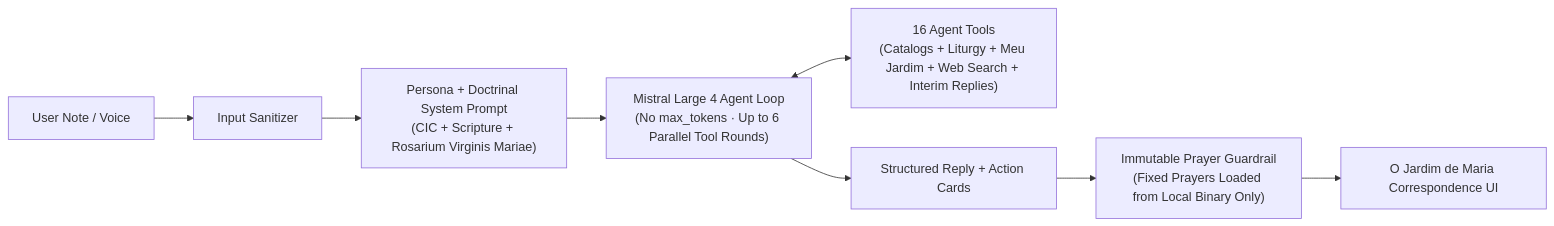
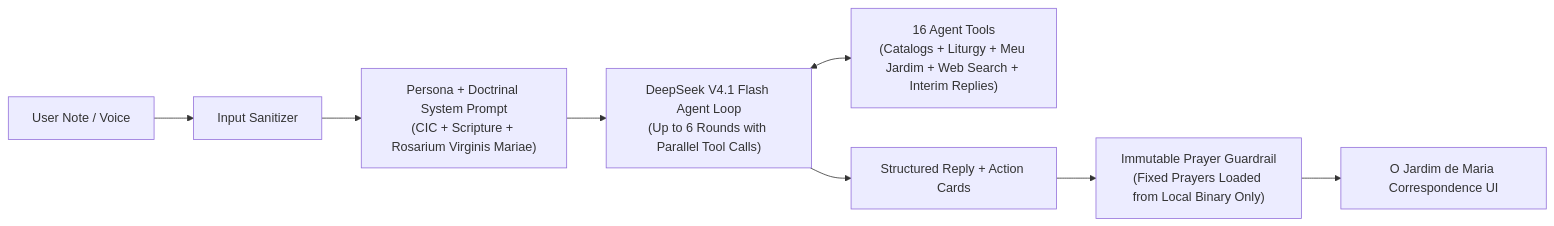
The diagram in docs/lumen-ai.md (mariajunqueiramirandas-cpu/Sertum-Rosarum), drawn with Mermaid before and after one commit. The commit also changed other lines of this file and 8 other files, not shown here.

Commit message:
Use Mistral-hosted DeepSeek Flash as Lumen default

````diff
--- a/docs/lumen-ai.md
+++ b/docs/lumen-ai.md
@@ -59,10 +60,10 @@
 ```mermaid
 flowchart LR
     Input["User Note / Voice"] --> Sanitizer["Input Sanitizer"]
     Sanitizer --> Prompt["Persona + Doctrinal System Prompt\n(CIC + Scripture + Rosarium Virginis Mariae)"]
-    Prompt --> Loop["Mistral Large 4 Agent Loop\n(No max_tokens · Up to 6 Parallel Tool Rounds)"]
+    Prompt --> Loop["DeepSeek V4.1 Flash Agent Loop\n(Up to 6 Rounds with Parallel Tool Calls)"]
     Loop <--> Tools["16 Agent Tools\n(Catalogs + Liturgy + Meu Jardim + Web Search + Interim Replies)"]
     Loop --> Parser["Structured Reply + Action Cards"]
     Parser --> Guard["Immutable Prayer Guardrail\n(Fixed Prayers Loaded from Local Binary Only)"]
     Guard --> UI["O Jardim de Maria Correspondence UI"]
 ```
````
